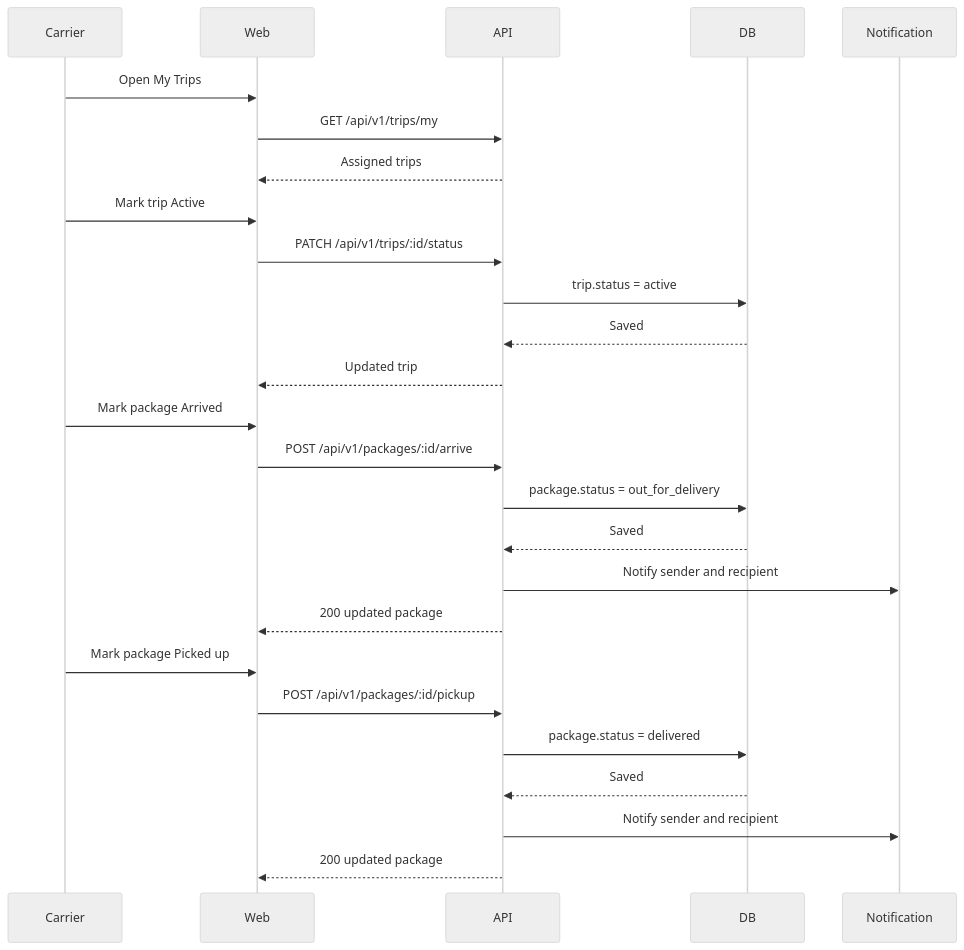
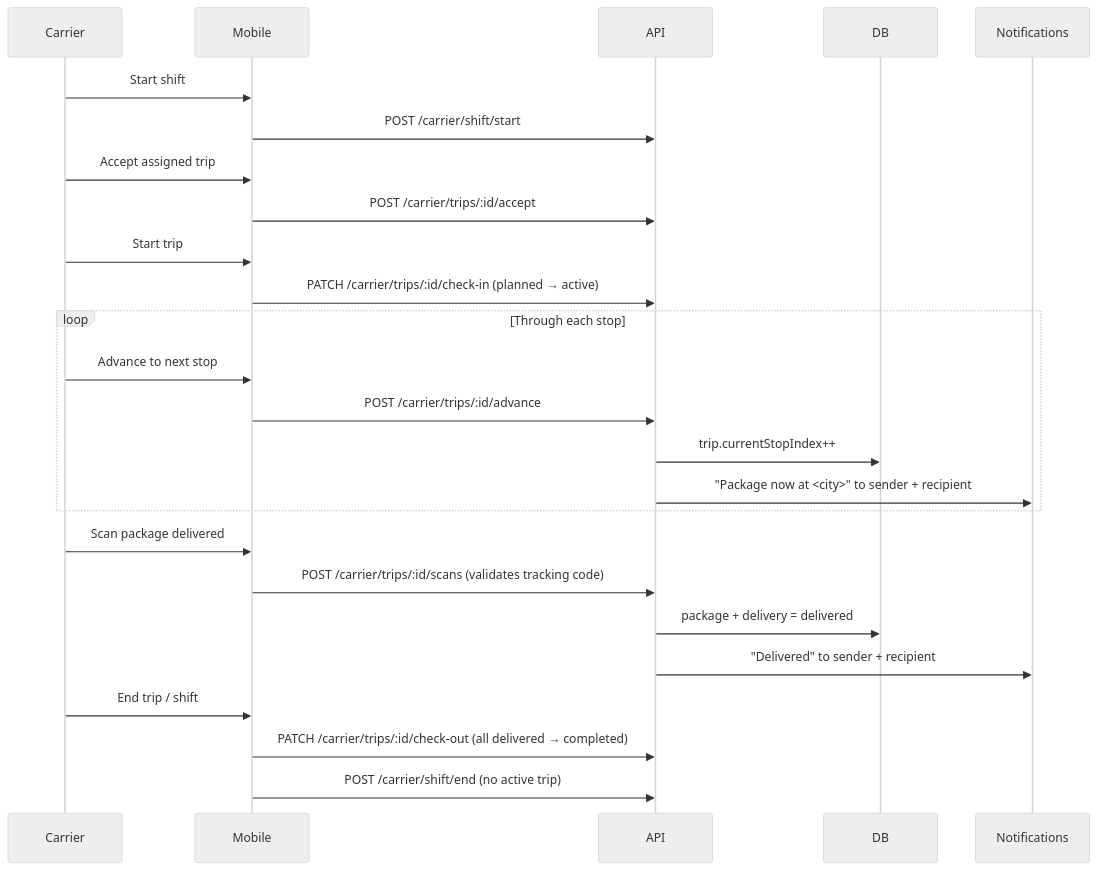
Before and after one commit to Malmo-3/packetFlow: the third of 5 diagrams in README.md, drawn with Mermaid (neutral theme). The commit also changed other lines of this file and 47 other files, not shown here.

````diff
--- a/README.md
+++ b/README.md
@@ -149,32 +80,31 @@
 ```mermaid
 sequenceDiagram
   participant Carrier
-  participant Web
+  participant Mobile
   participant API
   participant DB
-  participant Notification
+  participant Notify as Notifications
 
-  Carrier ->> Web: Open My Trips
-  Web ->> API: GET /api/v1/trips/my
-  API -->> Web: Assigned trips
+  Carrier ->> Mobile: Start shift
+  Mobile ->> API: POST /carrier/shift/start
+  Carrier ->> Mobile: Accept assigned trip
+  Mobile ->> API: POST /carrier/trips/:id/accept
+  Carrier ->> Mobile: Start trip
+  Mobile ->> API: PATCH /carrier/trips/:id/check-in  (planned → active)
 
-  Carrier ->> Web: Mark trip Active
-  Web ->> API: PATCH /api/v1/trips/:id/status
-  API ->> DB: trip.status = active
-  DB -->> API: Saved
-  API -->> Web: Updated trip
+  loop Through each stop
+    Carrier ->> Mobile: Advance to next stop
+    Mobile ->> API: POST /carrier/trips/:id/advance
+    API ->> DB: trip.currentStopIndex++
+    API ->> Notify: "Package now at <city>" to sender + recipient
+  end
 
-  Carrier ->> Web: Mark package Arrived
-  Web ->> API: POST /api/v1/packages/:id/arrive
-  API ->> DB: package.status = out_for_delivery
-  DB -->> API: Saved
-  API ->> Notification: Notify sender and recipient
-  API -->> Web: 200 updated package
+  Carrier ->> Mobile: Scan package delivered
+  Mobile ->> API: POST /carrier/trips/:id/scans  (validates tracking code)
+  API ->> DB: package + delivery = delivered
+  API ->> Notify: "Delivered" to sender + recipient
 
-  Carrier ->> Web: Mark package Picked up
-  Web ->> API: POST /api/v1/packages/:id/pickup
-  API ->> DB: package.status = delivered
-  DB -->> API: Saved
-  API ->> Notification: Notify sender and recipient
-  API -->> Web: 200 updated package
+  Carrier ->> Mobile: End trip / shift
+  Mobile ->> API: PATCH /carrier/trips/:id/check-out  (all delivered → completed)
+  Mobile ->> API: POST /carrier/shift/end  (no active trip)
 ```
````
